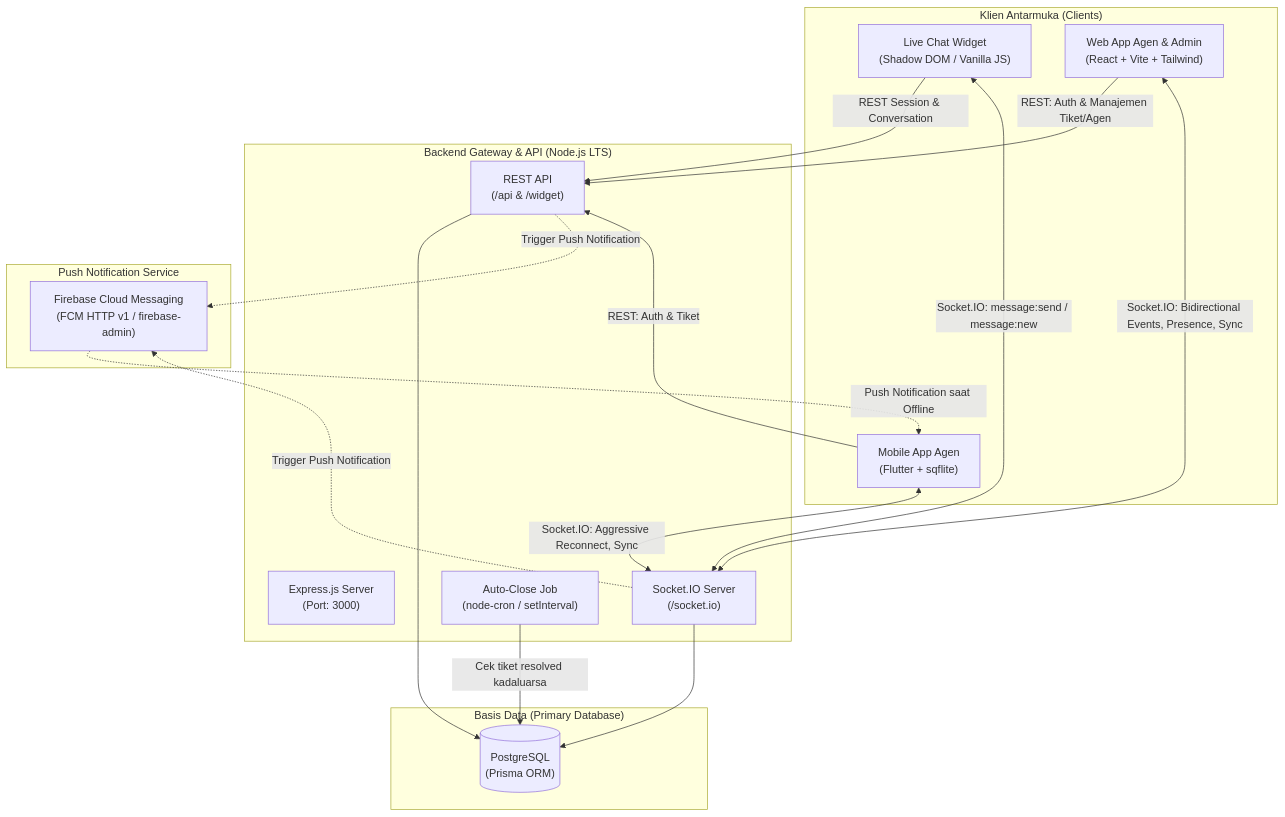
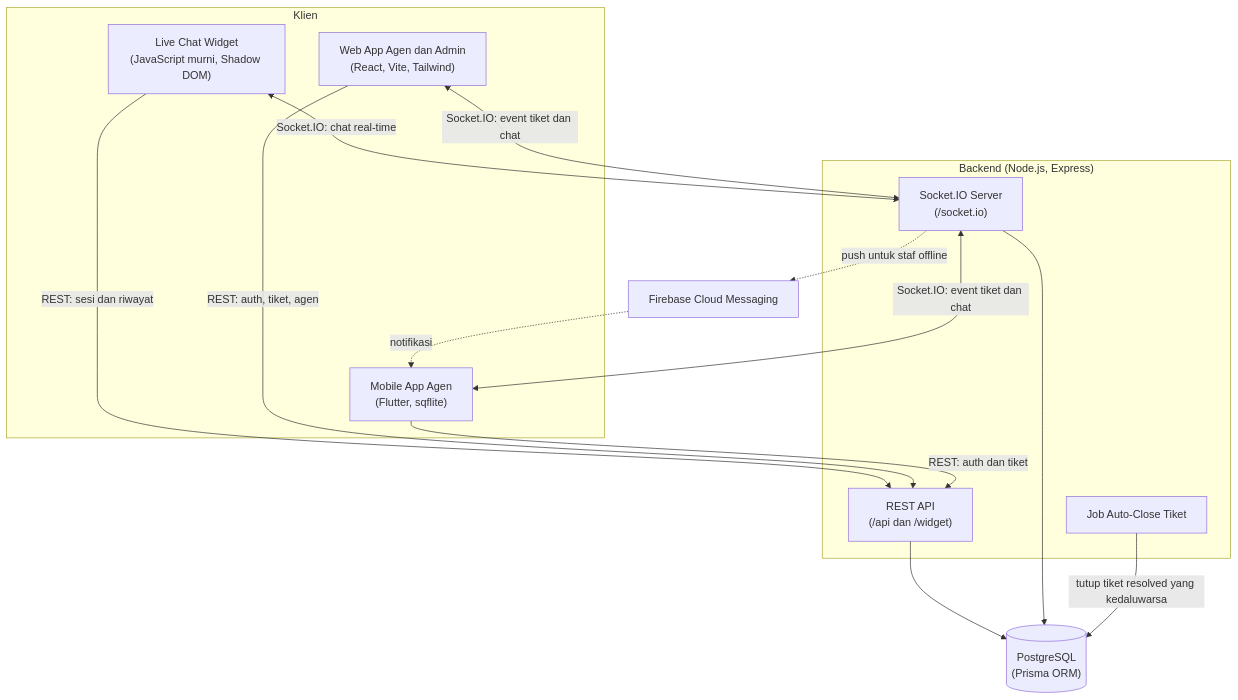
One commit to Mulki7/Helpdesk changed the diagram in README.md. Above: the diagram before and after it, drawn with Mermaid. The commit also changed other lines of this file and 9 other files, not shown here.

````diff
--- a/README.md
+++ b/README.md
@@ -21,43 +35,30 @@
 ```mermaid
 flowchart TB
-    subgraph Klien ["Klien Antarmuka (Clients)"]
-        W["Live Chat Widget\n(Shadow DOM / Vanilla JS)"]
-        A["Web App Agen & Admin\n(React + Vite + Tailwind)"]
-        M["Mobile App Agen\n(Flutter + sqflite)"]
+    subgraph Klien ["Klien"]
+        W["Live Chat Widget<br/>(JavaScript murni, Shadow DOM)"]
+        A["Web App Agen dan Admin<br/>(React, Vite, Tailwind)"]
+        M["Mobile App Agen<br/>(Flutter, sqflite)"]
     end
 
-    subgraph BackendGateway ["Backend Gateway & API (Node.js LTS)"]
-        S["Express.js Server\n(Port: 3000)"]
-        IO["Socket.IO Server\n(/socket.io)"]
-        REST["REST API\n(/api & /widget)"]
-        CRON["Auto-Close Job\n(node-cron / setInterval)"]
+    subgraph Backend ["Backend (Node.js, Express)"]
+        REST["REST API<br/>(/api dan /widget)"]
+        IO["Socket.IO Server<br/>(/socket.io)"]
+        JOB["Job Auto-Close Tiket"]
     end
 
-    subgraph Storage ["Basis Data (Primary Database)"]
-        DB[("PostgreSQL\n(Prisma ORM)")]
-    end
+    DB[("PostgreSQL<br/>(Prisma ORM)")]
+    FCM["Firebase Cloud Messaging"]
 
-    subgraph PushGateway ["Push Notification Service"]
-        FCM["Firebase Cloud Messaging\n(FCM HTTP v1 / firebase-admin)"]
-    end
+    W -->|REST: sesi dan riwayat| REST
+    W <-->|Socket.IO: chat real-time| IO
+    A -->|REST: auth, tiket, agen| REST
+    A <-->|Socket.IO: event tiket dan chat| IO
+    M -->|REST: auth dan tiket| REST
+    M <-->|Socket.IO: event tiket dan chat| IO
 
-    %% Koneksi Pelanggan
-    W -->|REST Session & Conversation| REST
-    W <-->|Socket.IO: message:send / message:new| IO
-
-    %% Koneksi Web App
-    A -->|REST: Auth & Manajemen Tiket/Agen| REST
-    A <-->|Socket.IO: Bidirectional Events, Presence, Sync| IO
-
-    %% Koneksi Mobile App
-    M -->|REST: Auth & Tiket| REST
-    M <-->|Socket.IO: Aggressive Reconnect, Sync| IO
-    FCM -.->|Push Notification saat Offline| M
-
-    %% Server Internal
     REST --> DB
     IO --> DB
-    CRON -->|Cek tiket resolved kadaluarsa| DB
-    REST -.->|Trigger Push Notification| FCM
-    IO -.->|Trigger Push Notification| FCM
+    JOB -->|tutup tiket resolved yang kedaluwarsa| DB
+    IO -.->|push untuk staf offline| FCM
+    FCM -.->|notifikasi| M
 ```
````
